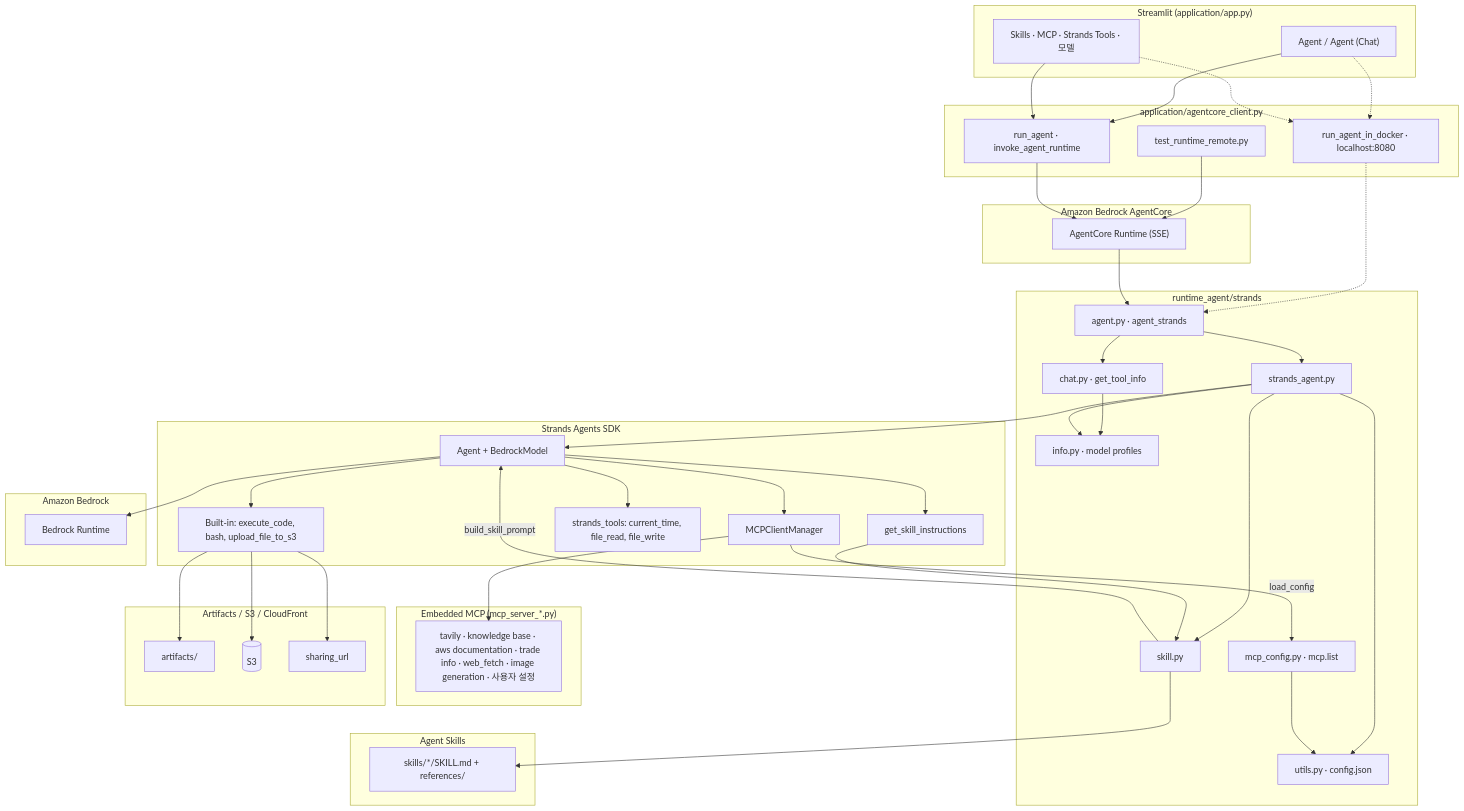
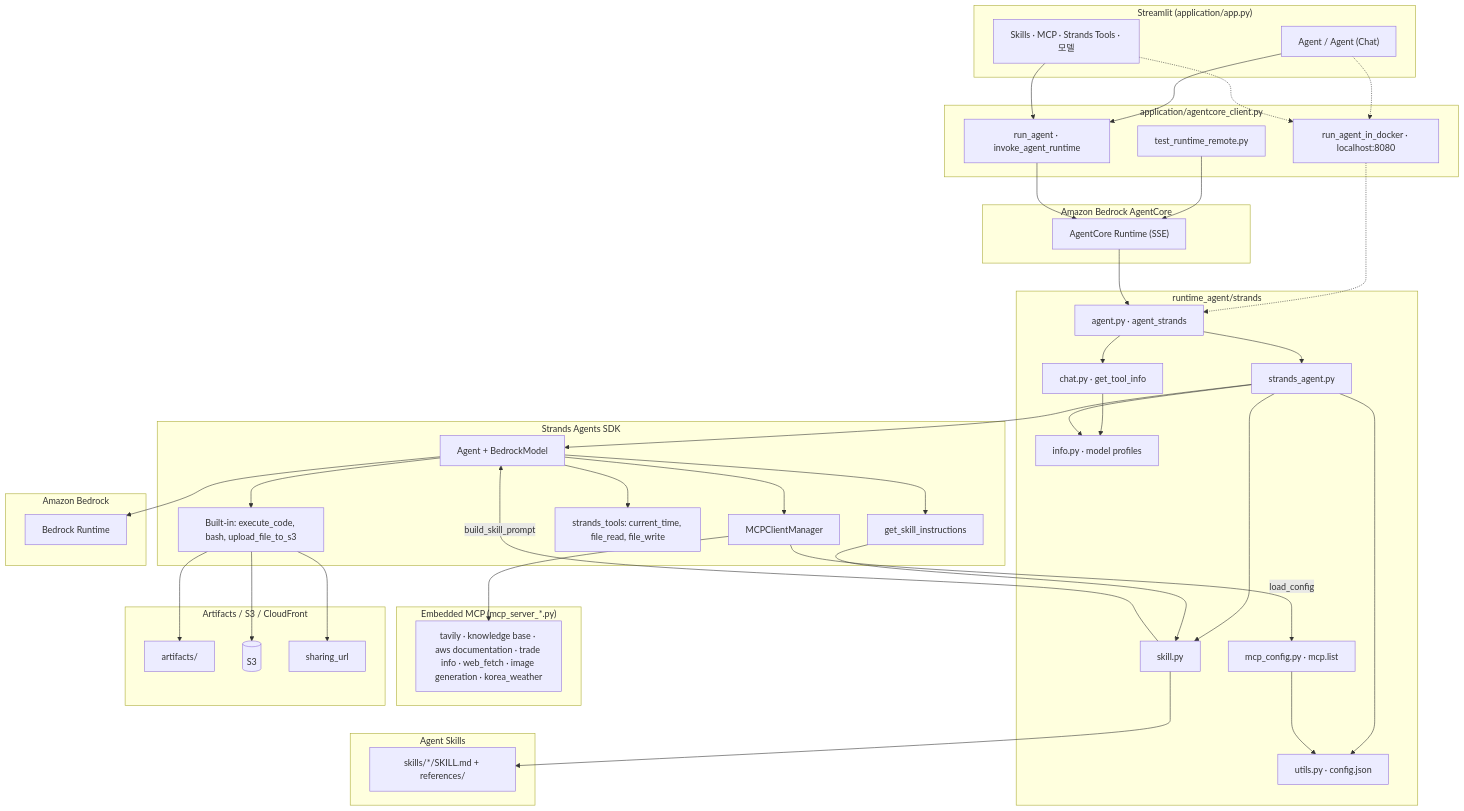
One commit to kyopark2014/strands-runtime changed the diagram in runtime_agent/strands/README.md. Above: the diagram before and after it, drawn with Mermaid. The commit also changed other lines of this file and 4 other files, not shown here.

```diff
--- a/runtime_agent/strands/README.md
+++ b/runtime_agent/strands/README.md
@@ -51,7 +51,7 @@
   end
 
   subgraph MCPServers["Embedded MCP (mcp_server_*.py)"]
-    MCPsrv["tavily · knowledge base · aws documentation · trade info · web_fetch · image generation · 사용자 설정"]
+    MCPsrv["tavily · knowledge base · aws documentation · trade info · web_fetch · image generation · korea_weather"]
   end
 
   subgraph LLM["Amazon Bedrock"]
```
